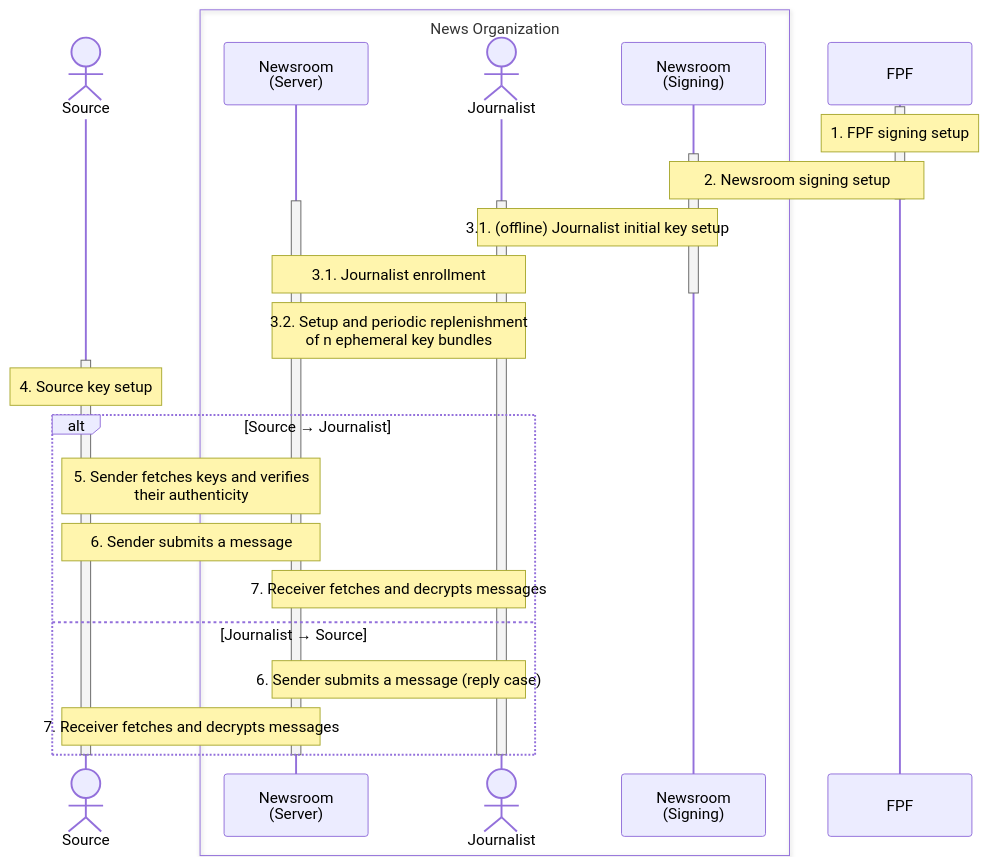
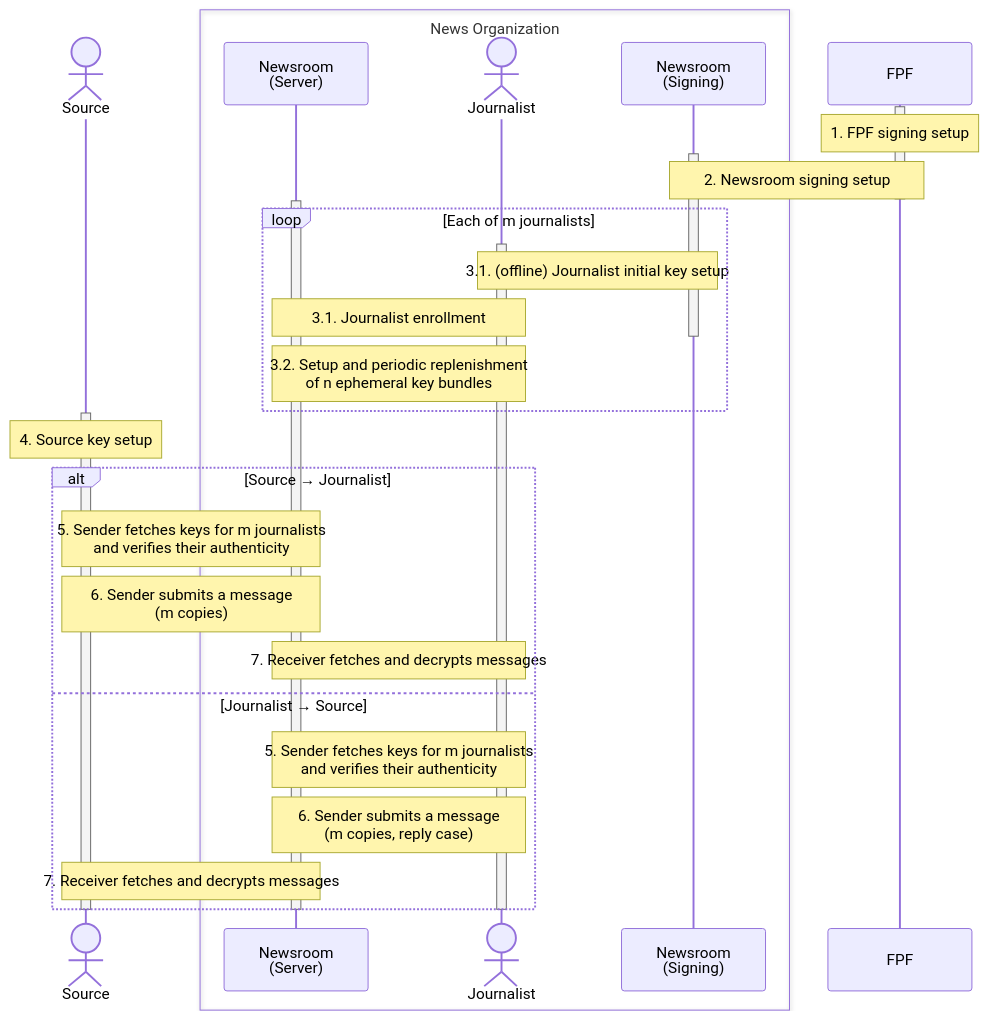
Before and after one commit to freedomofpress/securedrop-protocol: the diagram in docs/protocol.md, drawn with Mermaid.

Commit message:
docs: make journalist fan-out explicit in sequence diagram

````diff
--- a/docs/protocol.md
+++ b/docs/protocol.md
@@ -72,42 +72,45 @@
 ```mermaid
 sequenceDiagram
 
 actor Source
 
 box News Organization
 participant Server as Newsroom<br>(Server)
 actor Journalist
 participant Newsroom as Newsroom<br>(Signing)
 end
 
 participant FPF
 
 activate FPF
 Note over FPF: 1. FPF signing setup
 
 activate Newsroom
 Note over Newsroom, FPF: 2. Newsroom signing setup
 deactivate FPF
 
 activate Server
+loop Each of m journalists
 activate Journalist
 Note over Journalist, Newsroom: 3.1. (offline) Journalist initial key setup
 Note over Server, Journalist: 3.1. Journalist enrollment
 deactivate Newsroom
 
 Note over Journalist, Server: 3.2. Setup and periodic replenishment<br>of n ephemeral key bundles
+end
 
 activate Source
 Note over Source: 4. Source key setup
 alt Source → Journalist
-Note over Source, Server: 5. Sender fetches keys and verifies<br>their authenticity
-Note over Source, Server: 6. Sender submits a message
+Note over Source, Server: 5. Sender fetches keys for m journalists<br>and verifies their authenticity
+Note over Source, Server: 6. Sender submits a message<br>(m copies)
 Note over Server, Journalist: 7. Receiver fetches and decrypts messages
 else Journalist → Source
-Note over Server, Journalist: 6. Sender submits a message (reply case)
+Note over Journalist, Server: 5. Sender fetches keys for m journalists<br>and verifies their authenticity
+Note over Server, Journalist: 6. Sender submits a message<br>(m copies, reply case)
 Note over Source, Server: 7. Receiver fetches and decrypts messages
 end
 deactivate Source
 deactivate Journalist
 deactivate Server
 ```
````
